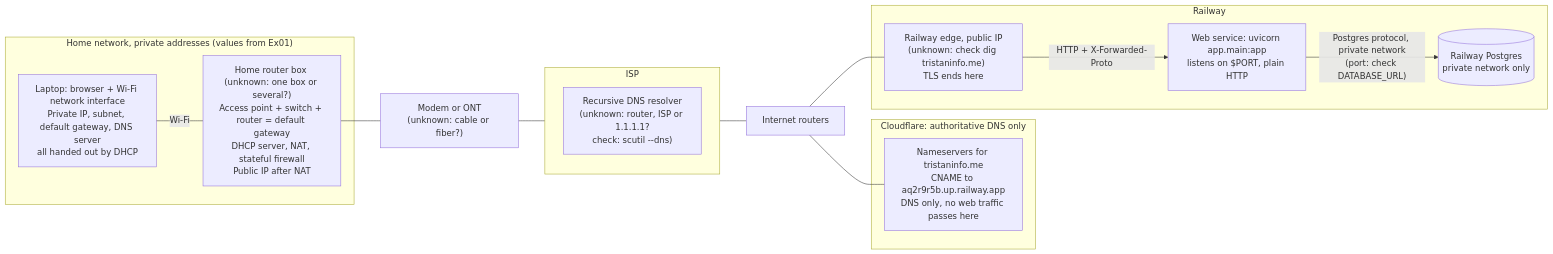
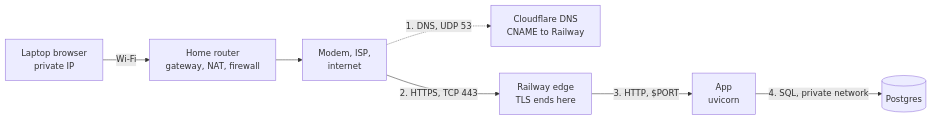
One commit to tscholzbrennan/career-platform changed the first of 2 diagrams in docs/request-path-diagrams.md. Above: the diagram before and after it, drawn with Mermaid. The commit also changed other lines of this file, not shown here.

Commit message:
docs: simplify request path diagrams to one left-to-right line per host

````diff
--- a/docs/request-path-diagrams.md
+++ b/docs/request-path-diagrams.md
@@ -7,26 +9,9 @@
 ```mermaid
 flowchart LR
-  subgraph home["Home network, private addresses (values from Ex01)"]
-    laptop["Laptop: browser + Wi-Fi network interface<br/>Private IP, subnet, default gateway, DNS server<br/>all handed out by DHCP"]
-    box["Home router box (unknown: one box or several?)<br/>Access point + switch + router = default gateway<br/>DHCP server, NAT, stateful firewall<br/>Public IP after NAT"]
-  end
-  modem["Modem or ONT<br/>(unknown: cable or fiber?)"]
-  subgraph isp["ISP"]
-    resolver["Recursive DNS resolver<br/>(unknown: router, ISP or 1.1.1.1?<br/>check: scutil --dns)"]
-  end
-  net["Internet routers"]
-  subgraph cf["Cloudflare: authoritative DNS only"]
-    ns["Nameservers for tristaninfo.me<br/>CNAME to aq2r9r5b.up.railway.app<br/>DNS only, no web traffic passes here"]
-  end
-  subgraph rw["Railway"]
-    edge["Railway edge, public IP<br/>(unknown: check dig tristaninfo.me)<br/>TLS ends here"]
-    app["Web service: uvicorn app.main:app<br/>listens on $PORT, plain HTTP"]
-    pg[("Railway Postgres<br/>private network only")]
-  end
-
-  laptop -- "Wi-Fi" --- box --- modem --- isp --- net
-  net --- ns
-  net --- edge
-  edge -- "HTTP + X-Forwarded-Proto" --> app
-  app -- "Postgres protocol, private network<br/>(port: check DATABASE_URL)" --> pg
+  laptop["Laptop browser<br/>private IP"] -- "Wi-Fi" --> router["Home router<br/>gateway, NAT, firewall"]
+  router --> isp["Modem, ISP,<br/>internet"]
+  isp -. "1. DNS, UDP 53" .-> dns["Cloudflare DNS<br/>CNAME to Railway"]
+  isp -- "2. HTTPS, TCP 443" --> edge["Railway edge<br/>TLS ends here"]
+  edge -- "3. HTTP, $PORT" --> app["App<br/>uvicorn"]
+  app -- "4. SQL, private network" --> db[("Postgres")]
 ```
````
